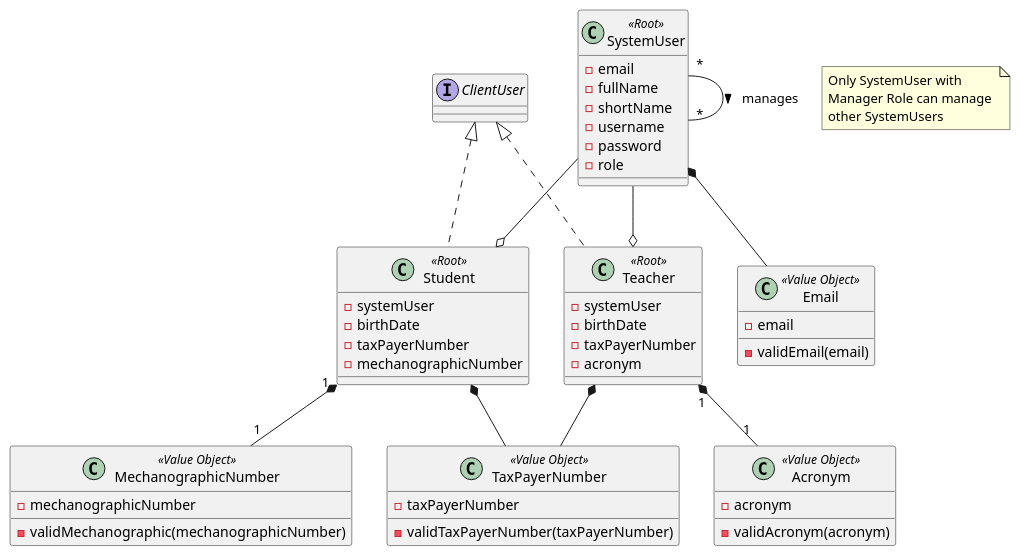
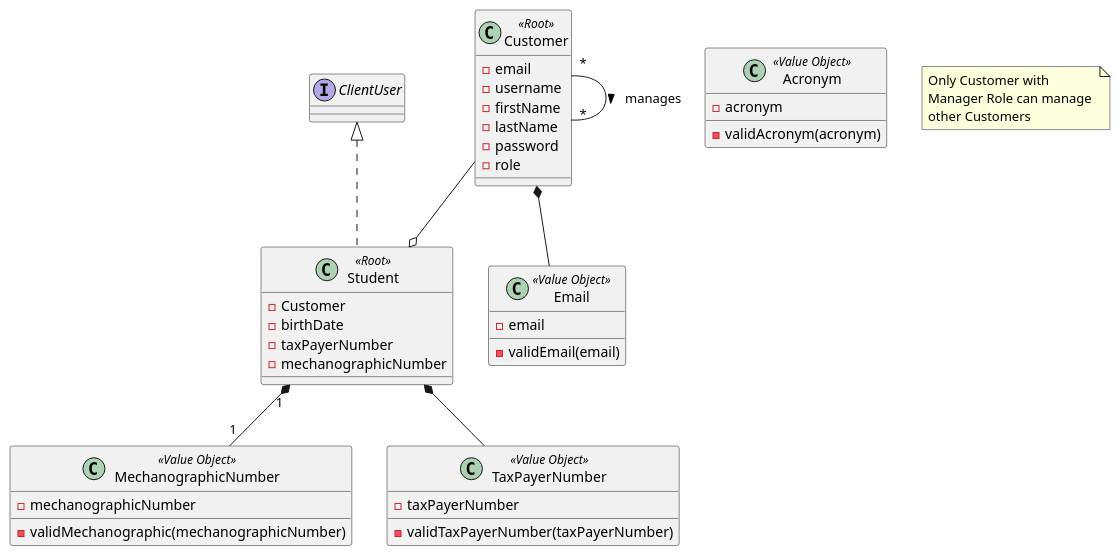
The diagram in docs/sprintB/1001/1001-domain-model.puml (marcoferreira37/Lapr4), drawn with PlantUML before and after one commit. The commit also changed 1 other file, not shown here.

```diff
--- a/docs/sprintB/1001/1001-domain-model.puml
+++ b/docs/sprintB/1001/1001-domain-model.puml
@@ -1,64 +1,55 @@
 @startuml
 
 interface ClientUser {
 
 }
 
-class SystemUser <<Root>>{
+class Customer <<Root>>{
     -email
-    -fullName
-    -shortName
     -username
+    -firstName
+    -lastName
     -password
     -role
 }
 
 class Student <<Root>>{
-    -systemUser
+    -Customer
     -birthDate
     -taxPayerNumber
     -mechanographicNumber
 }
 
 class MechanographicNumber <<Value Object>>{
     -mechanographicNumber
     -validMechanographic(mechanographicNumber)
 }
 
-class Teacher <<Root>>{
-    -systemUser
-    -birthDate
-    -taxPayerNumber
-    -acronym
-}
+
 
 class Acronym <<Value Object>>{
     -acronym
     -validAcronym(acronym)
 }
 
 class Email <<Value Object>>{
     -email
     -validEmail(email)
 }
 
 class TaxPayerNumber <<Value Object>>{
     -taxPayerNumber
     -validTaxPayerNumber(taxPayerNumber)
 }
 
 ClientUser <|.. Student
-ClientUser <|.. Teacher
 Student *-- TaxPayerNumber
-Teacher *-- TaxPayerNumber
-SystemUser *-- Email
-Teacher "1" *-- "1" Acronym
+Customer *-- Email
 Student "1" *-- "1" MechanographicNumber
 
-note "Only SystemUser with \nManager Role can manage \nother SystemUsers" as N_Man
+note "Only Customer with \nManager Role can manage \nother Customers" as N_Man
 
-SystemUser "*" -- "*" SystemUser : manages >
-SystemUser --o Teacher
-SystemUser --o Student
+Customer "*" -- "*" Customer : manages >
+Customer --o Student
 
 @enduml
```
